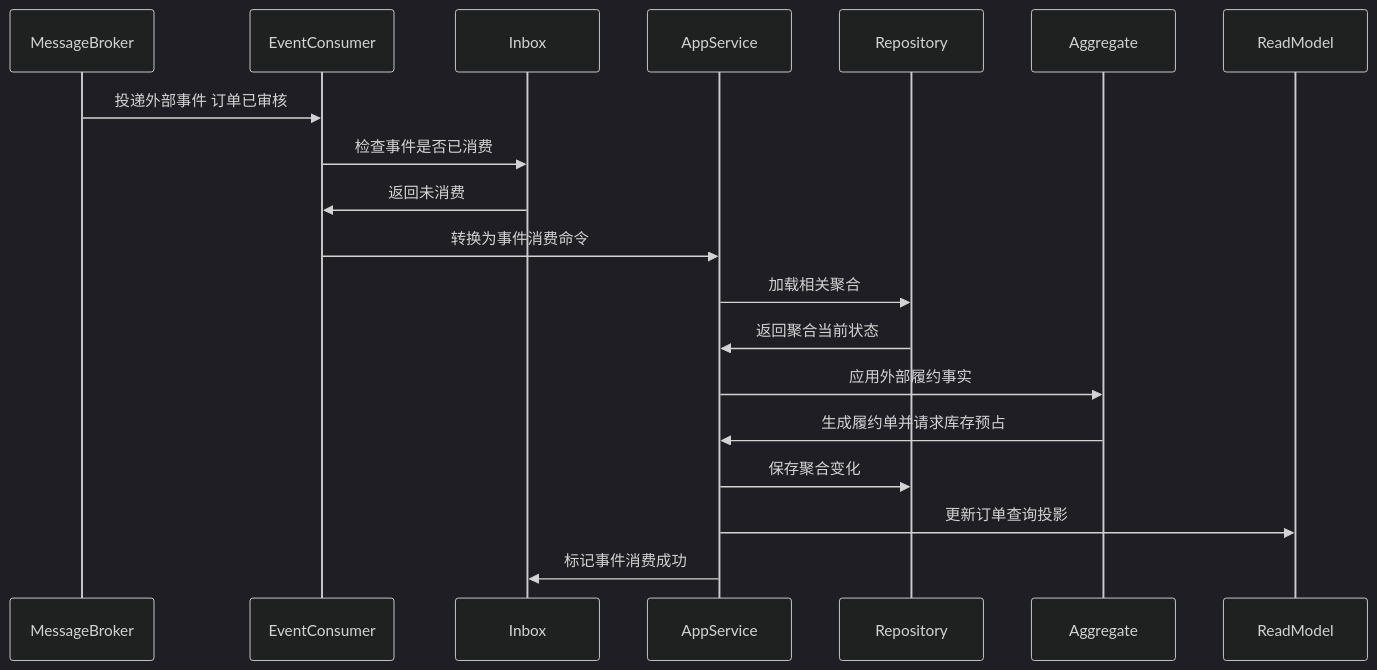
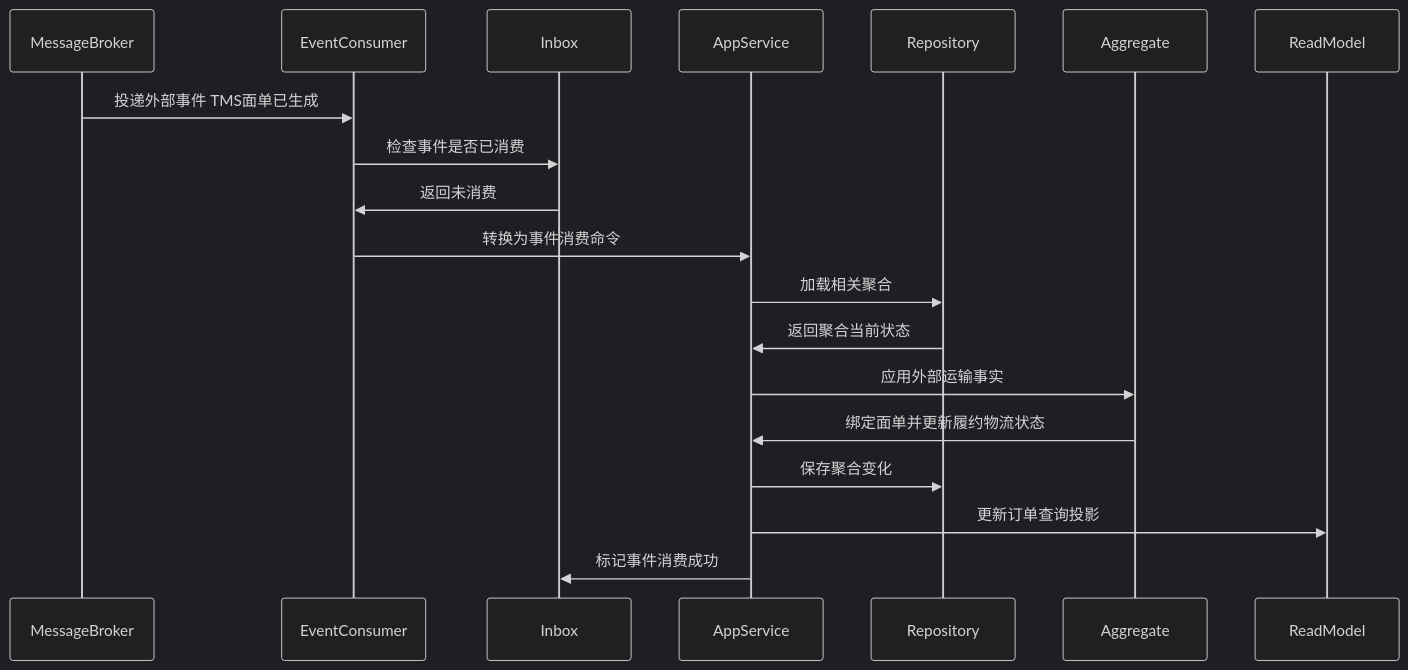
One commit to chao1927/scm changed the fifth of 6 diagrams in docs/03-核心业务模型/05-OMS领域模型/03-履约单聚合CQRS设计.md. Above: the diagram before and after it, drawn with Mermaid (dark theme). The commit also changed other lines of this file and 118 other files, not shown here.

````diff
--- a/docs/03-核心业务模型/05-OMS领域模型/03-履约单聚合CQRS设计.md
+++ b/docs/03-核心业务模型/05-OMS领域模型/03-履约单聚合CQRS设计.md
@@ -236,22 +247,22 @@
 ```mermaid
 sequenceDiagram
     participant MessageBroker
     participant EventConsumer
     participant Inbox
     participant AppService
     participant Repository
     participant Aggregate
     participant ReadModel
 
-    MessageBroker->>EventConsumer: 投递外部事件 订单已审核
+    MessageBroker->>EventConsumer: 投递外部事件 TMS面单已生成
     EventConsumer->>Inbox: 检查事件是否已消费
     Inbox->>EventConsumer: 返回未消费
     EventConsumer->>AppService: 转换为事件消费命令
     AppService->>Repository: 加载相关聚合
     Repository->>AppService: 返回聚合当前状态
-    AppService->>Aggregate: 应用外部履约事实
-    Aggregate->>AppService: 生成履约单并请求库存预占
+    AppService->>Aggregate: 应用外部运输事实
+    Aggregate->>AppService: 绑定面单并更新履约物流状态
     AppService->>Repository: 保存聚合变化
     AppService->>ReadModel: 更新订单查询投影
     AppService->>Inbox: 标记事件消费成功
 ```
````
